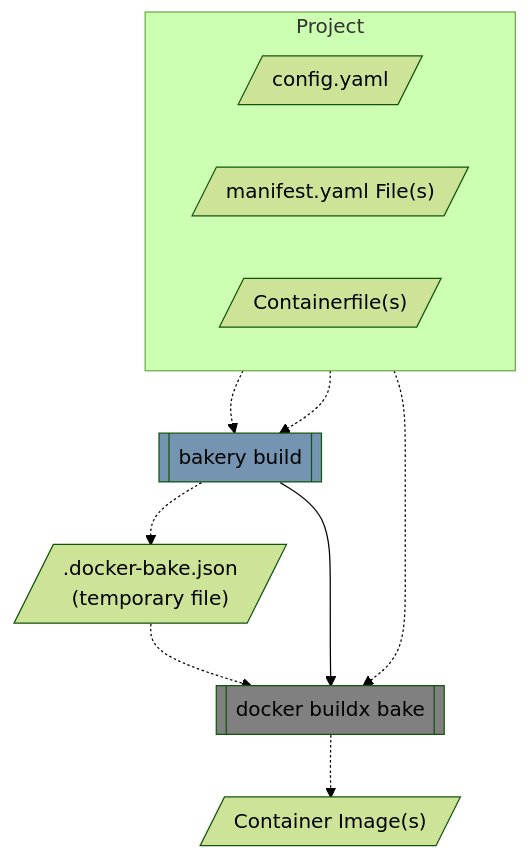
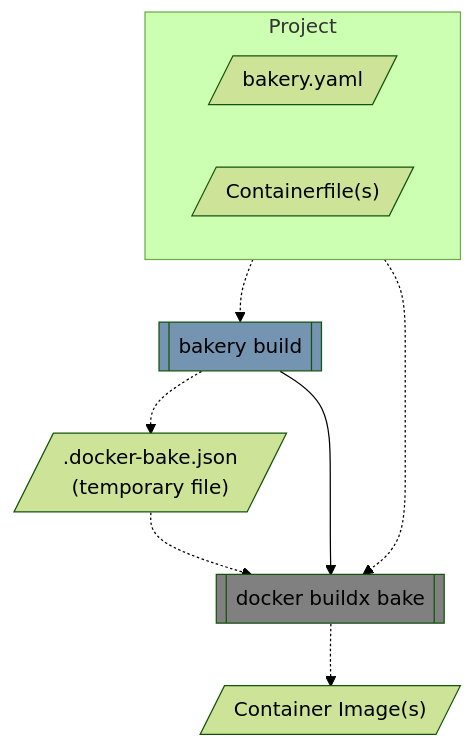
One commit to posit-dev/images-shared changed the fourth of 7 diagrams in posit-bakery/ARCHITECTURE.md. Above: the diagram before and after it, drawn with Mermaid (forest theme). The commit also changed other lines of this file and 6 other files, not shown here.

Commit message:
Update documentation for conversion to bakery.yaml

````diff
--- a/posit-bakery/ARCHITECTURE.md
+++ b/posit-bakery/ARCHITECTURE.md
@@ -130,28 +128,27 @@
 ```mermaid
 flowchart TD
 
     subgraph "Project"
         direction LR
 
-        config[/"config.yaml"/]
-        manifest[/"manifest.yaml File(s)"/]
+        config[/"bakery.yaml"/]
         containerfile[/"Containerfile(s)"/]
     end
 
     build[[bakery build]]
     plan[/".docker-bake.json<br/>(temporary file)"/]
     bake[[docker buildx bake]]
     image[/"Container Image(s)"/]
 
-    config & manifest -.-> build -.-> plan
+    config -.-> build -.-> plan
     plan & containerfile -.-> bake
     build --> bake -.-> image
 
     classDef tooling fill:#7494B1
     classDef external fill:grey
     classDef progress stroke-dasharray: 2 2
     classDef todo stroke-dasharray: 3 8
 
     class build tooling
     class bake external
 ```
````
